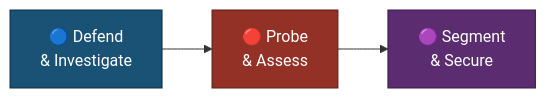
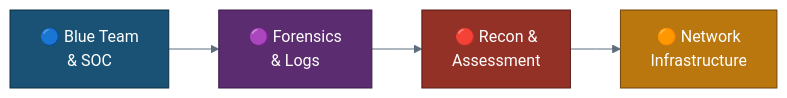
One commit to malaika-azhar/Cybersecurity-Lab-Projects changed the diagram in 1-Foundational-Projects/EXECUTIVE-SUMMARY-foundational.md. Above: the diagram before and after it, drawn with Mermaid. The commit also changed other lines of this file, not shown here.

````diff
--- a/1-Foundational-Projects/EXECUTIVE-SUMMARY-foundational.md
+++ b/1-Foundational-Projects/EXECUTIVE-SUMMARY-foundational.md
@@ -41,8 +42,12 @@
 ```mermaid
+%%{init: {'theme': 'base', 'themeVariables': {'fontSize': '16px'}, 'flowchart': {'curve': 'linear', 'useMaxWidth': true}}}%%
 flowchart LR
-    A["🔵 Defend<br/>& Investigate"] --> B["🔴 Probe<br/>& Assess"]
-    B --> C["🟣 Segment<br/>& Secure"]
-    style A fill:#1A5276,color:#fff,stroke:#0B2E43
-    style B fill:#943126,color:#fff,stroke:#571C16
-    style C fill:#5B2C6F,color:#fff,stroke:#3B1A48
+    A["🔵 Blue Team<br/>& SOC"] --> B["🟣 Forensics<br/>& Logs"]
+    B --> C["🔴 Recon &<br/>Assessment"]
+    C --> D["🟠 Network<br/>Infrastructure"]
+    style A fill:#1A5276,color:#fff,stroke:#0B2E43,stroke-width:1px
+    style B fill:#5B2C6F,color:#fff,stroke:#3B1A48,stroke-width:1px
+    style C fill:#943126,color:#fff,stroke:#571C16,stroke-width:1px
+    style D fill:#B9770E,color:#fff,stroke:#6E4409,stroke-width:1px
+    linkStyle default stroke:#5D6D7E,stroke-width:1px,fill:none
 ```
````
